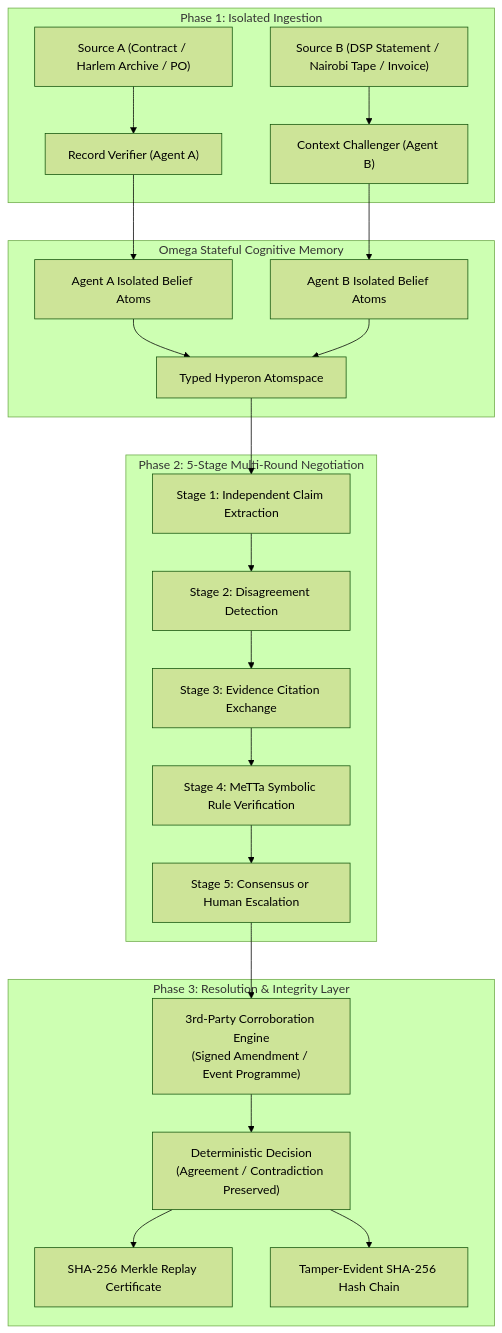
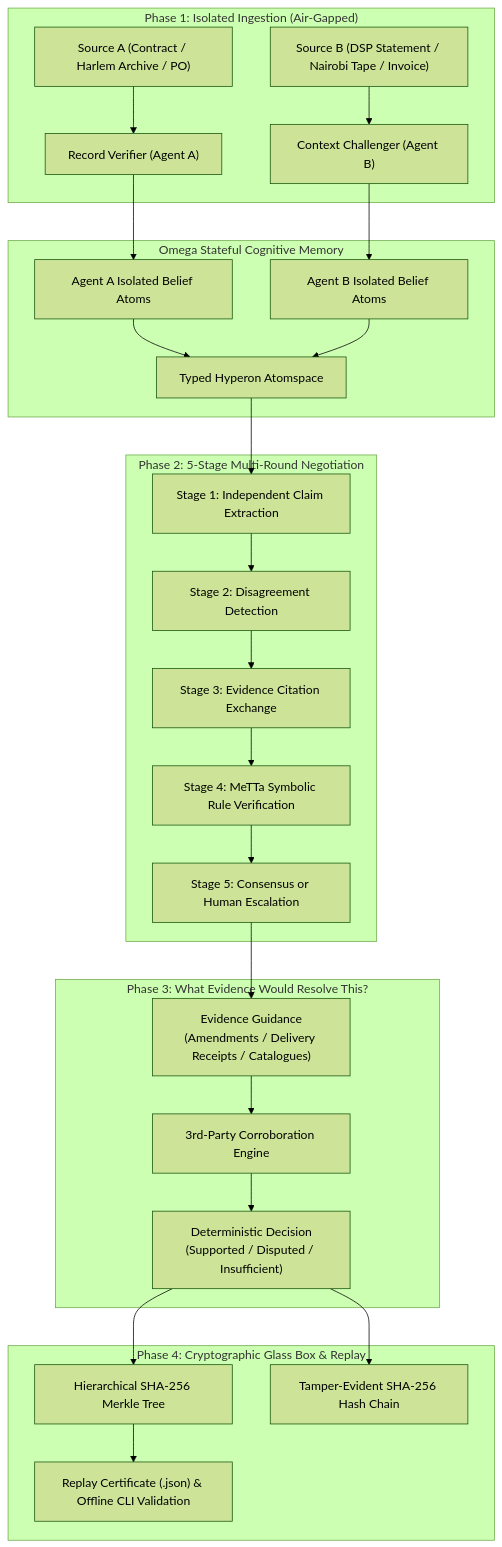
Before and after one commit to Edwin420s/ClearTrace-Labs: the diagram in README.md, drawn with Mermaid (forest theme). The commit also changed other lines of this file, not shown here.

Commit message:
docs(readme): finalize README.md with Track 02 badges, architecture diagrams, and quickstart

````diff
--- a/README.md
+++ b/README.md
@@ -41,29 +46,34 @@
 ```mermaid
 flowchart TD
-    subgraph Ingestion ["Phase 1: Isolated Ingestion"]
+    subgraph Ingestion ["Phase 1: Isolated Ingestion (Air-Gapped)"]
         SA["Source A (Contract / Harlem Archive / PO)"] --> AgentA["Record Verifier (Agent A)"]
         SB["Source B (DSP Statement / Nairobi Tape / Invoice)"] --> AgentB["Context Challenger (Agent B)"]
     end
 
     subgraph Memory ["Omega Stateful Cognitive Memory"]
         AgentA --> OA["Agent A Isolated Belief Atoms"]
         AgentB --> OB["Agent B Isolated Belief Atoms"]
         OA --> Atomspace["Typed Hyperon Atomspace"]
         OB --> Atomspace
     end
 
     subgraph Protocol ["Phase 2: 5-Stage Multi-Round Negotiation"]
         Atomspace --> S1["Stage 1: Independent Claim Extraction"]
         S1 --> S2["Stage 2: Disagreement Detection"]
         S2 --> S3["Stage 3: Evidence Citation Exchange"]
         S3 --> S4["Stage 4: MeTTa Symbolic Rule Verification"]
         S4 --> S5["Stage 5: Consensus or Human Escalation"]
     end
 
-    subgraph Resolution ["Phase 3: Resolution & Integrity Layer"]
-        S5 --> Corrob["3rd-Party Corroboration Engine\n(Signed Amendment / Event Programme)"]
-        Corrob --> Decision["Deterministic Decision\n(Agreement / Contradiction Preserved)"]
-        Decision --> Replay["SHA-256 Merkle Replay Certificate"]
+    subgraph Resolution ["Phase 3: What Evidence Would Resolve This?"]
+        S5 --> Suggestions["Evidence Guidance\n(Amendments / Delivery Receipts / Catalogues)"]
+        Suggestions --> Corrob["3rd-Party Corroboration Engine"]
+        Corrob --> Decision["Deterministic Decision\n(Supported / Disputed / Insufficient)"]
+    end
+
+    subgraph Integrity ["Phase 4: Cryptographic Glass Box & Replay"]
+        Decision --> Merkle["Hierarchical SHA-256 Merkle Tree"]
         Decision --> Audit["Tamper-Evident SHA-256 Hash Chain"]
+        Merkle --> ReplayCert["Replay Certificate (.json) & Offline CLI Validation"]
     end
 ```
````
